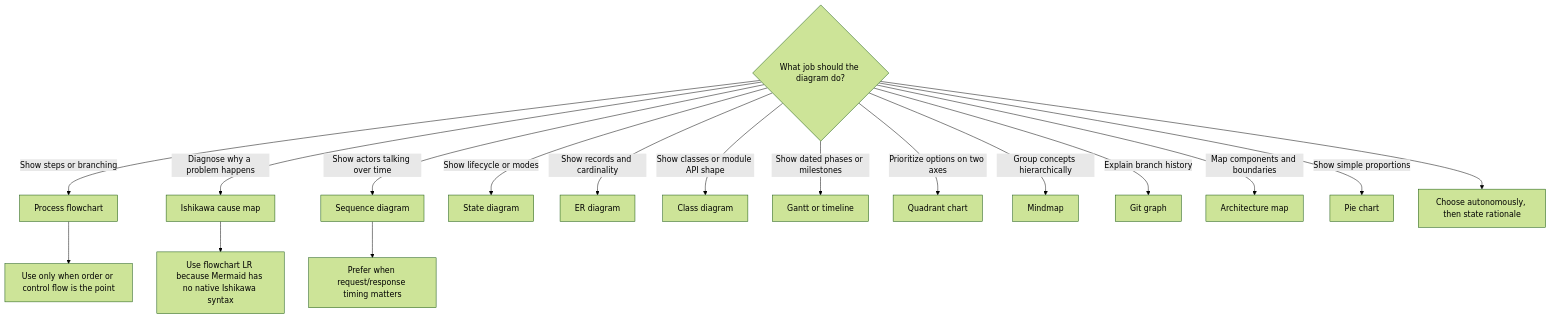
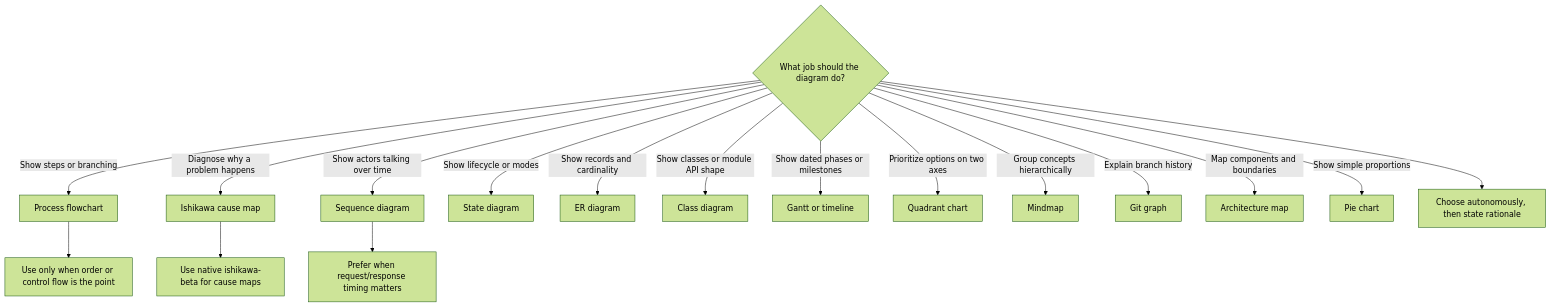
The diagram in mmdx/examples/diagram-selection-matrix.mmd (build000r/skills), drawn with Mermaid (forest theme) before and after one commit. The commit also changed 10 other files, not shown here.

```diff
--- a/mmdx/examples/diagram-selection-matrix.mmd
+++ b/mmdx/examples/diagram-selection-matrix.mmd
@@ -1,20 +1,20 @@
 flowchart TD
   start{"What job should the diagram do?"}
 
   start -->|"Show steps or branching"| flow["Process flowchart"]
   start -->|"Diagnose why a problem happens"| fish["Ishikawa cause map"]
   start -->|"Show actors talking over time"| seq["Sequence diagram"]
   start -->|"Show lifecycle or modes"| state["State diagram"]
   start -->|"Show records and cardinality"| er["ER diagram"]
   start -->|"Show classes or module API shape"| classDiag["Class diagram"]
   start -->|"Show dated phases or milestones"| timeline["Gantt or timeline"]
   start -->|"Prioritize options on two axes"| quadrant["Quadrant chart"]
   start -->|"Group concepts hierarchically"| mindmap["Mindmap"]
   start -->|"Explain branch history"| git["Git graph"]
   start -->|"Map components and boundaries"| arch["Architecture map"]
   start -->|"Show simple proportions"| pie["Pie chart"]
 
-  fish --> fishNote["Use flowchart LR because Mermaid has no native Ishikawa syntax"]
+  fish --> fishNote["Use native ishikawa-beta for cause maps"]
   flow --> flowNote["Use only when order or control flow is the point"]
   seq --> seqNote["Prefer when request/response timing matters"]
   start --> decision["Choose autonomously, then state rationale"]
```
